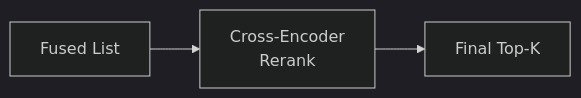
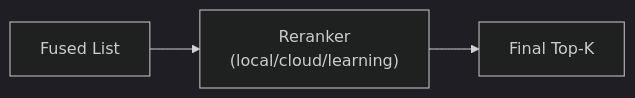
The diagram in mkdocs/docs/reranking.md (DMontgomery40/tribrid-rag), drawn with Mermaid (dark theme) before and after one commit. The commit also changed other lines of this file and 12 other files, not shown here.

Commit message:
Rebrand learning reranker as Qwen3 LoRA across UI and docs

````diff
--- a/mkdocs/docs/reranking.md
+++ b/mkdocs/docs/reranking.md
@@ -72,5 +72,5 @@
 ```mermaid
 flowchart LR
-    FUSED["Fused List"] --> RR["Cross-Encoder\nRerank"]
+    FUSED["Fused List"] --> RR["Reranker\n(local/cloud/learning)"]
     RR --> FINAL["Final Top-K"]
 ```
````
